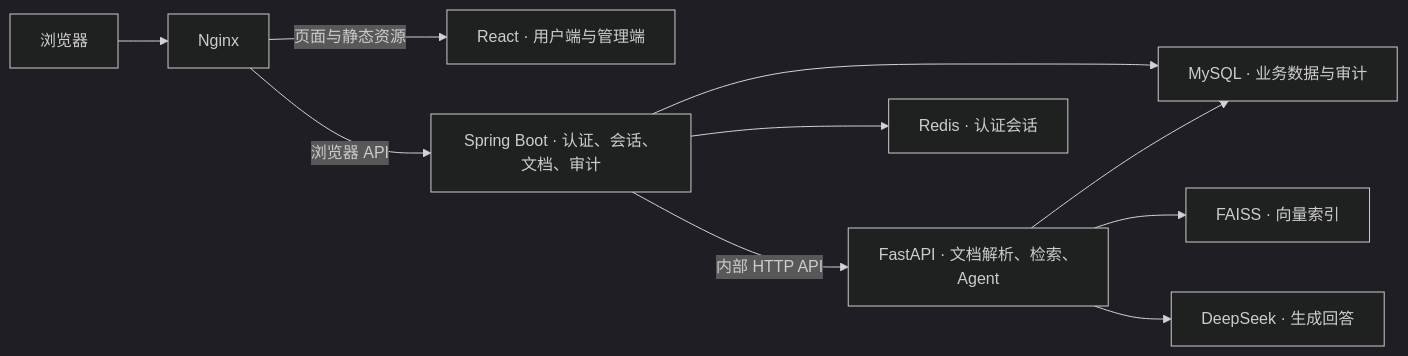
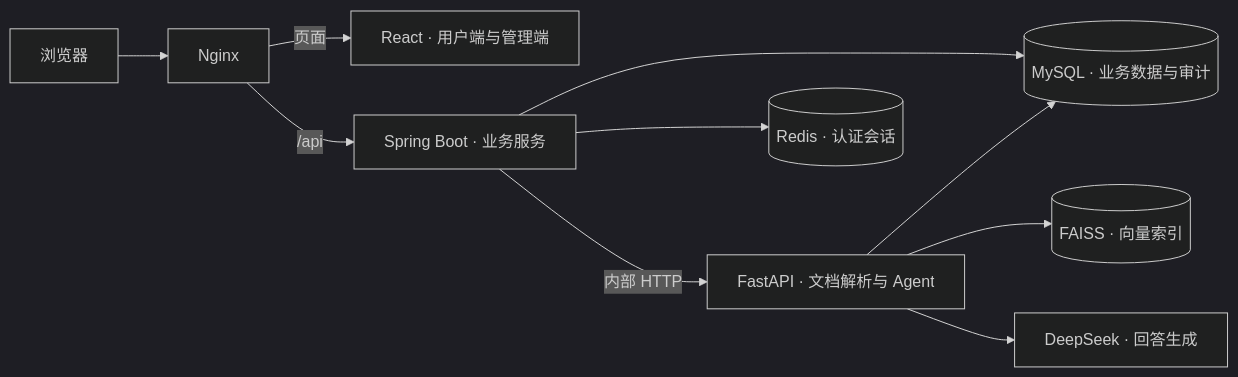
The diagram in README.md (hmwxbb6868/DocTrail), drawn with Mermaid (dark theme) before and after one commit. The commit also changed other lines of this file and 3 other files, not shown here.

````diff
--- a/README.md
+++ b/README.md
@@ -37,12 +69,12 @@
 ```mermaid
 flowchart LR
     B["浏览器"] --> N["Nginx"]
-    N -->|页面与静态资源| F["React · 用户端与管理端"]
-    N -->|浏览器 API| J["Spring Boot · 认证、会话、文档、审计"]
-    J -->|内部 HTTP API| P["FastAPI · 文档解析、检索、Agent"]
-    J --> D["MySQL · 业务数据与审计"]
-    J --> S["Redis · 认证会话"]
-    P --> D
-    P --> V["FAISS · 向量索引"]
-    P --> L["DeepSeek · 生成回答"]
+    N -->|"页面"| F["React · 用户端与管理端"]
+    N -->|"/api"| J["Spring Boot · 业务服务"]
+    J -->|"内部 HTTP"| P["FastAPI · 文档解析与 Agent"]
+    J --> DB[("MySQL · 业务数据与审计")]
+    J --> R[("Redis · 认证会话")]
+    P --> DB
+    P --> V[("FAISS · 向量索引")]
+    P --> D["DeepSeek · 回答生成"]
 ```
````
